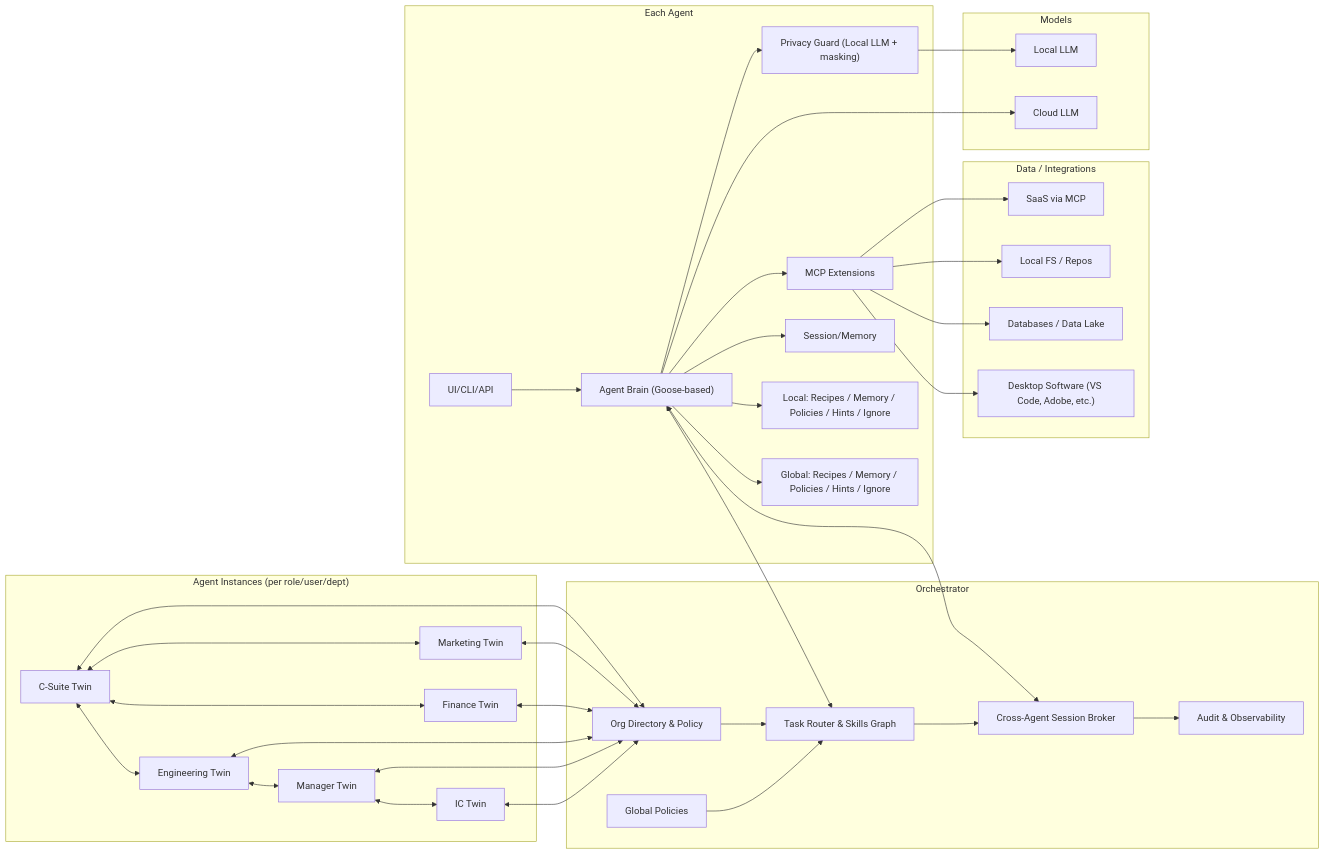
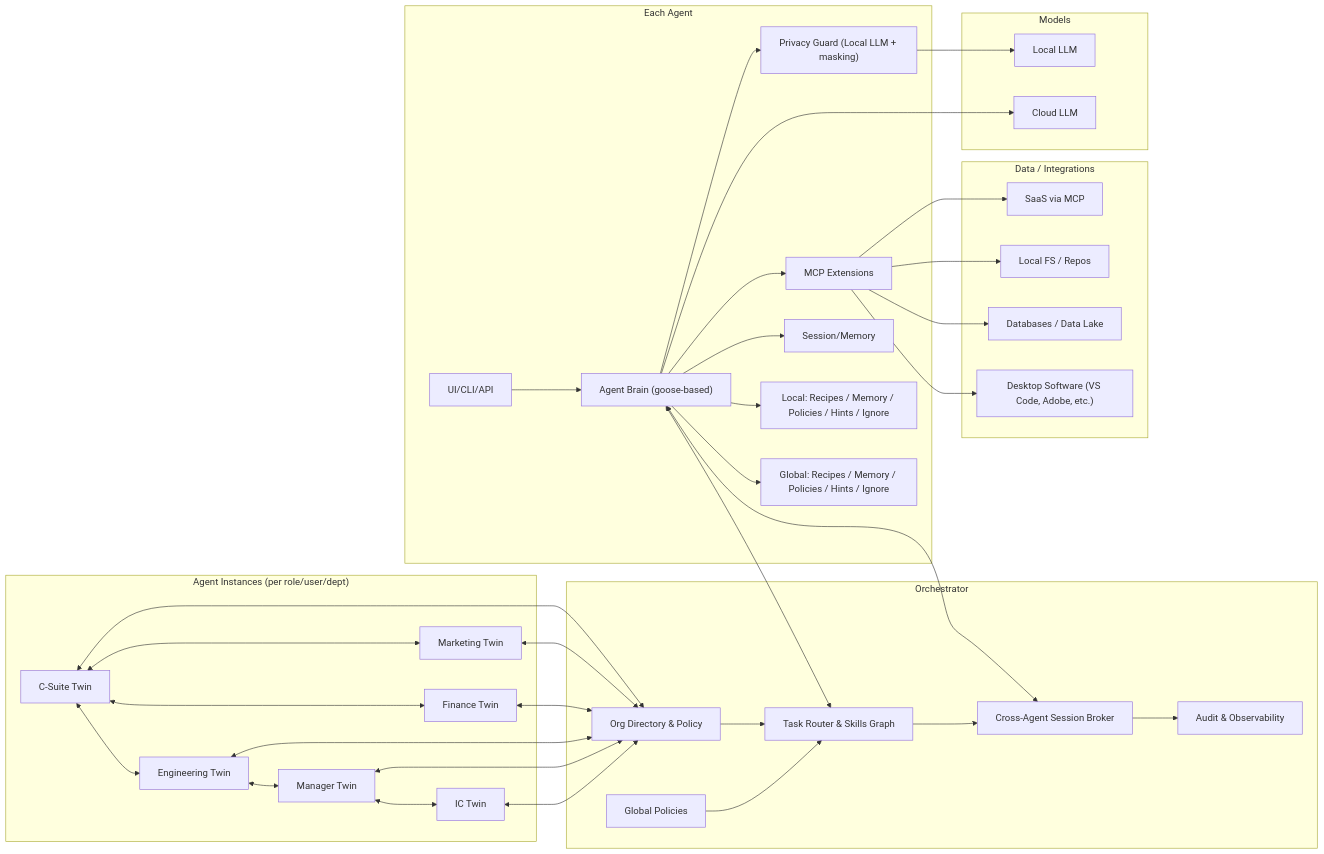
The diagram in backups/20251027-173349/docs/architecture/one-pager.md (JEFH507/org-chart-goose-orchestrator), drawn with Mermaid before and after one commit. The commit also changed 163 other files, not shown here.

````diff
--- a/backups/20251027-173349/docs/architecture/one-pager.md
+++ b/backups/20251027-173349/docs/architecture/one-pager.md
@@ -5,69 +5,69 @@
 ```mermaid
 flowchart LR
   subgraph Orchestrator
     DIR["Org Directory & Policy"]
     ROUTER["Task Router & Skills Graph"]
     CTX["Cross-Agent Session Broker"]
     AUD["Audit & Observability"]
     GBL_POL["Global Policies"]
   end
 
   subgraph Agents["Agent Instances (per role/user/dept)"]
     CS["C-Suite Twin"]
     MKT["Marketing Twin"]
     FIN["Finance Twin"]
     ENG["Engineering Twin"]
     MGR["Manager Twin"]
     IC["IC Twin"]
   end
 
   subgraph Agent_Internal["Each Agent"]
     UI["UI/CLI/API"]
-    CORE["Agent Brain (Goose-based)"]
+    CORE["Agent Brain (goose-based)"]
     PRIV["Privacy Guard (Local LLM + masking)"]
     EXT["MCP Extensions"]
     MEM["Session/Memory"]
     LOC_PROF["Local: Recipes / Memory / Policies / Hints / Ignore"]
     GBL_PROF["Global: Recipes / Memory / Policies / Hints / Ignore"]
   end
 
   subgraph Models
     LOCALLLM["Local LLM"]
     CLOUDLLM["Cloud LLM"]
   end
 
   subgraph Data["Data / Integrations"]
     FS["Local FS / Repos"]
     SAAS["SaaS via MCP"]
     DESKTOP["Desktop Software (VS Code, Adobe, etc.)"]
     DB["Databases / Data Lake"]
   end
 
   DIR --> ROUTER --> CTX --> AUD
   GBL_POL --> ROUTER
 
   CS <--> DIR
   MKT <--> DIR
   FIN <--> DIR
   ENG <--> DIR
   MGR <--> DIR
   IC <--> DIR
 
   UI --> CORE --> PRIV --> LOCALLLM
   CORE --> CLOUDLLM
   CORE --> EXT --> SAAS
   EXT --> FS
   EXT --> DB
   EXT --> DESKTOP
   CORE --> MEM
   CORE --> LOC_PROF
   CORE --> GBL_PROF
 
   CS <--> MKT
   CS <--> FIN
   CS <--> ENG
   ENG <--> MGR
   MGR <--> IC
   CORE <--> CTX
   CORE <--> ROUTER
 ```
````
